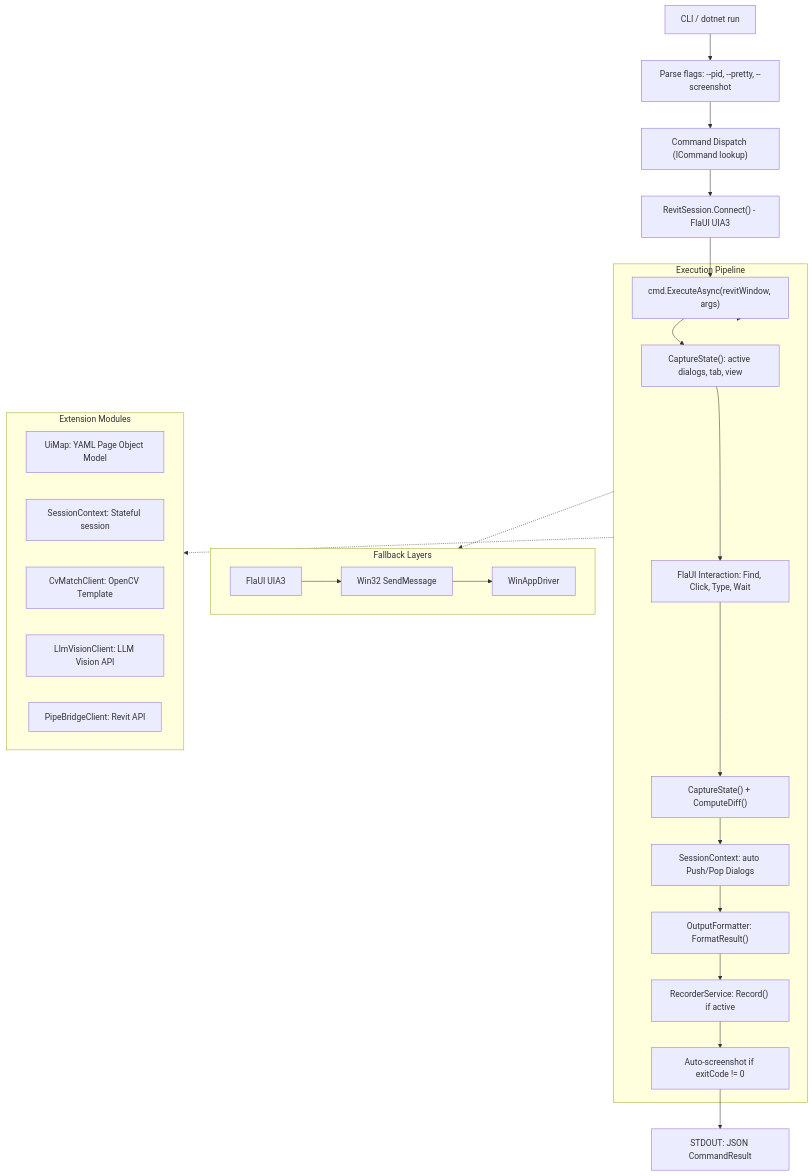
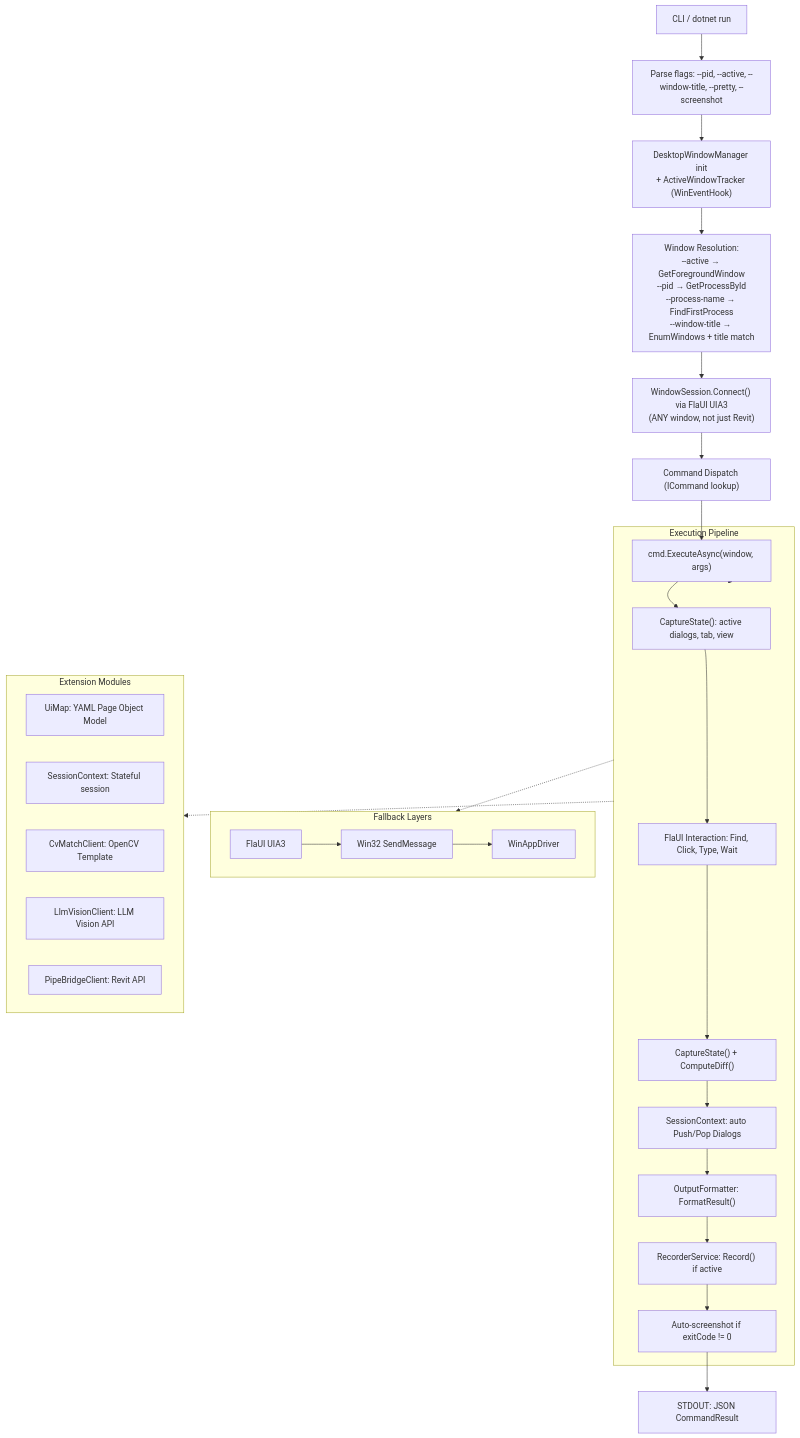
Before and after one commit to rubimtech/UiController: the first of 6 diagrams in README.md, drawn with Mermaid. The commit also changed other lines of this file and 21 other files, not shown here.

Commit message:
Add window management: ActiveWindowTracker, DesktopWindowManager, WindowSession, NativeMethods, new commands

````diff
--- a/README.md
+++ b/README.md
@@ -372,36 +460,38 @@
 ```mermaid
 flowchart TB
-    CLI["CLI / dotnet run"] --> GlobalFlags["Parse flags: --pid, --pretty, --screenshot"]
-    GlobalFlags --> CommandDispatch["Command Dispatch (ICommand lookup)"]
-    CommandDispatch --> RevitSession["RevitSession.Connect() - FlaUI UIA3"]
-    RevitSession --> ExecuteCmd["cmd.ExecuteAsync(revitWindow, args)"]
+    CLI["CLI / dotnet run"] --> GlobalFlags["Parse flags: --pid, --active, --window-title, --pretty, --screenshot"]
+    GlobalFlags --> DesktopWindowManager["DesktopWindowManager init\n+ ActiveWindowTracker (WinEventHook)"]
+    DesktopWindowManager --> TargetResolution["Window Resolution:\n--active → GetForegroundWindow\n--pid → GetProcessById\n--process-name → FindFirstProcess\n--window-title → EnumWindows + title match"]
+    TargetResolution --> WindowSession["WindowSession.Connect() via FlaUI UIA3\n(ANY window, not just Revit)"]
+    WindowSession --> CommandDispatch["Command Dispatch (ICommand lookup)"]
+    CommandDispatch --> ExecuteCmd["cmd.ExecuteAsync(window, args)"]
 
     subgraph ExecutionPipeline["Execution Pipeline"]
         ExecuteCmd --> BeforeState["CaptureState(): active dialogs, tab, view"]
         BeforeState --> UIAction["FlaUI Interaction: Find, Click, Type, Wait"]
         UIAction --> AfterState["CaptureState() + ComputeDiff()"]
         AfterState --> SessionUpdate["SessionContext: auto Push/Pop Dialogs"]
         SessionUpdate --> FormatResult["OutputFormatter: FormatResult()"]
         FormatResult --> Recorder["RecorderService: Record() if active"]
         Recorder --> AutoScreenshot["Auto-screenshot if exitCode != 0"]
     end
 
     ExecuteCmd --> ExecutionPipeline
     AutoScreenshot --> STDOUT["STDOUT: JSON CommandResult"]
 
     subgraph Fallbacks["Fallback Layers"]
         direction LR
         F1["FlaUI UIA3"] --> F2["Win32 SendMessage"]
         F2 --> F3["WinAppDriver"]
     end
     ExecutionPipeline -.-> Fallbacks
 
     subgraph Extensions["Extension Modules"]
         UIMap["UiMap: YAML Page Object Model"]
         Session["SessionContext: Stateful session"]
         CV["CvMatchClient: OpenCV Template"]
         LLM["LlmVisionClient: LLM Vision API"]
         Pipe["PipeBridgeClient: Revit API"]
     end
     ExecutionPipeline -.-> Extensions
 ```
````
